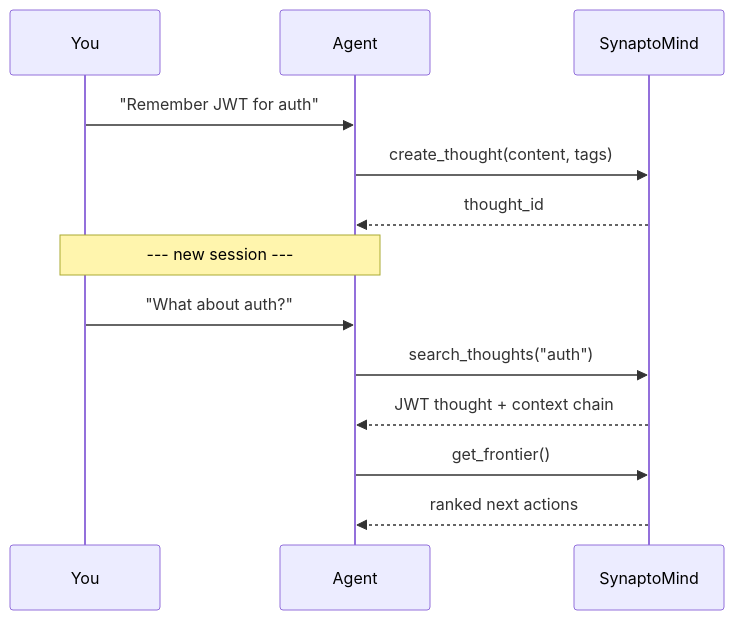
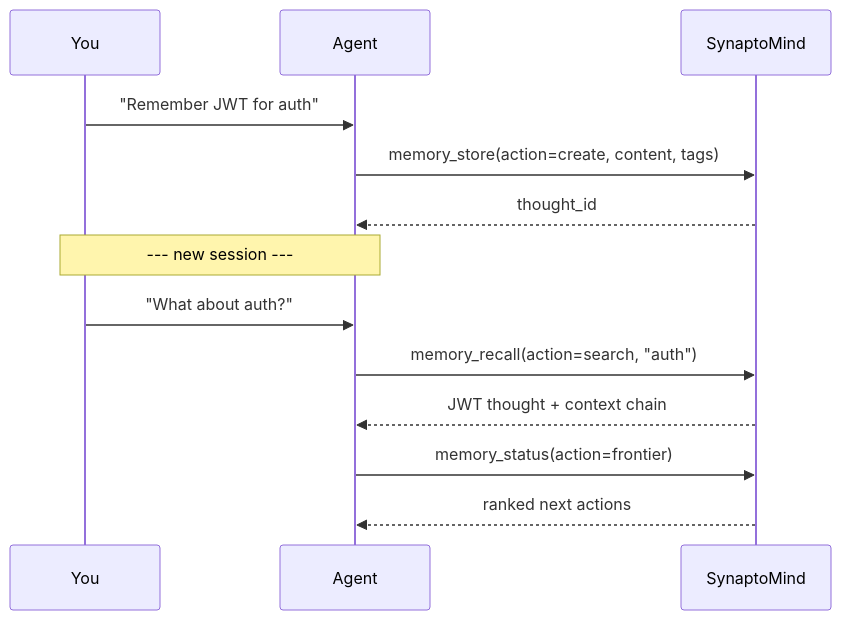
Before and after one commit to zumik3-del/synaptomind: the second of 2 diagrams in README.md, drawn with Mermaid. The commit also changed other lines of this file and 28 other files, not shown here.

````diff
--- a/README.md
+++ b/README.md
@@ -81,18 +81,18 @@
 ```mermaid
 sequenceDiagram
     participant U as You
     participant A as Agent
     participant S as SynaptoMind
 
     U->>A: "Remember JWT for auth"
-    A->>S: create_thought(content, tags)
+    A->>S: memory_store(action=create, content, tags)
     S-->>A: thought_id
     
     Note over U,A: --- new session ---
     
     U->>A: "What about auth?"
-    A->>S: search_thoughts("auth")
+    A->>S: memory_recall(action=search, "auth")
     S-->>A: JWT thought + context chain
-    A->>S: get_frontier()
+    A->>S: memory_status(action=frontier)
     S-->>A: ranked next actions
 ```
````
